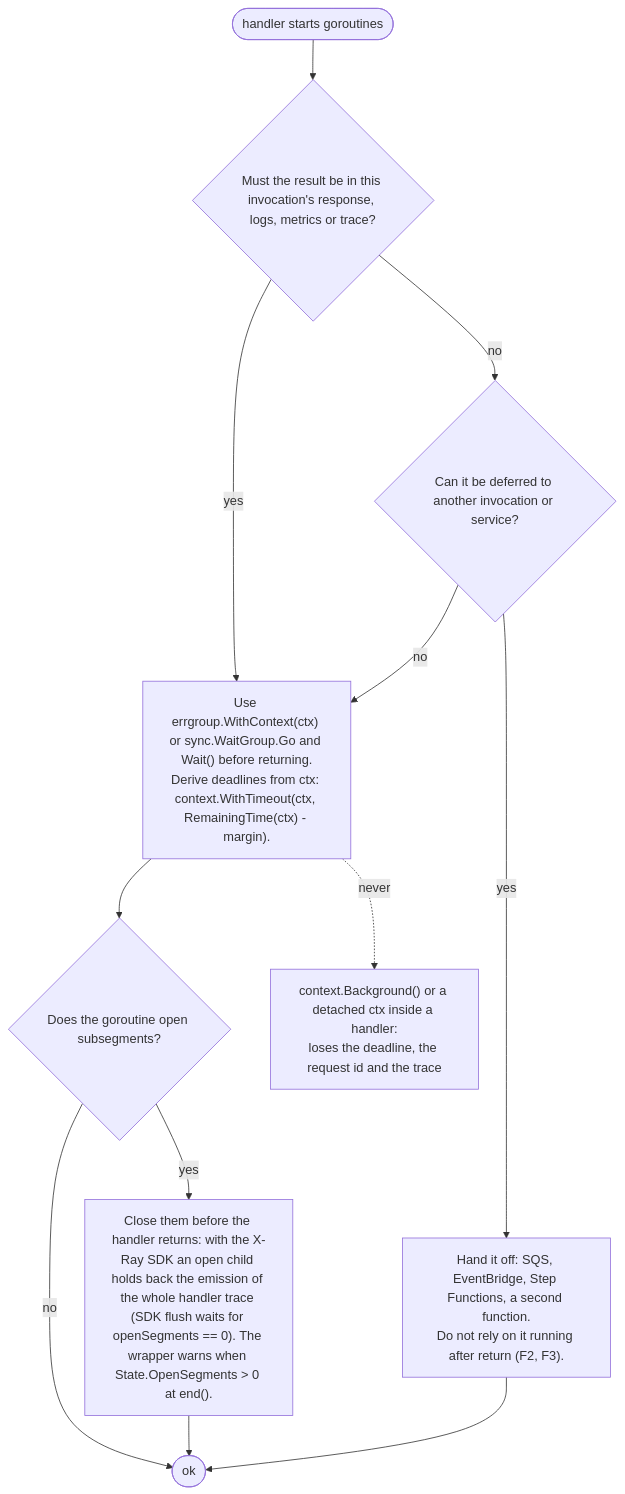
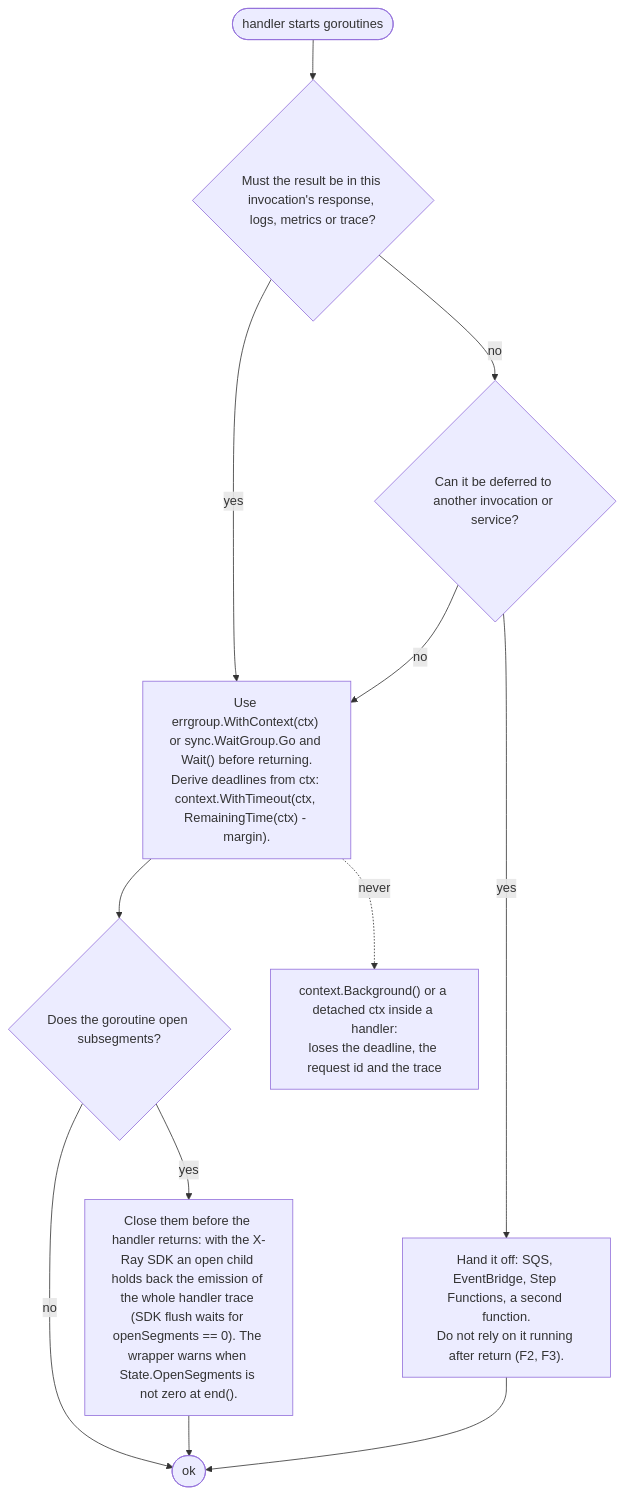
The eighth of 9 diagrams in 01-architecture.md (christiangda/powertools-lambda-go-plan), drawn with Mermaid before and after one commit. The commit also changed other lines of this file and 6 other files, not shown here.

First line of the commit message:
Fix Mermaid diagrams for GitHub rendering

````diff
--- a/01-architecture.md
+++ b/01-architecture.md
@@ -596,14 +596,14 @@
 ```mermaid
 flowchart TD
   start([handler starts goroutines]) --> q1{Must the result be in this invocation's response, logs, metrics or trace?}
   q1 -- yes --> wait["Use errgroup.WithContext(ctx) or sync.WaitGroup.Go and Wait() before returning.<br/>Derive deadlines from ctx: context.WithTimeout(ctx, RemainingTime(ctx) - margin)."]
   q1 -- no --> q2{Can it be deferred to another invocation or service?}
   q2 -- yes --> queue["Hand it off: SQS, EventBridge, Step Functions, a second function.<br/>Do not rely on it running after return (F2, F3)."]
   q2 -- no --> wait
   wait --> seg{Does the goroutine open subsegments?}
-  seg -- yes --> close["Close them before the handler returns: with the X-Ray SDK an open child holds back the emission of the whole handler trace (SDK flush waits for openSegments == 0). The wrapper warns when State.OpenSegments > 0 at end()."]
+  seg -- yes --> close["Close them before the handler returns: with the X-Ray SDK an open child holds back the emission of the whole handler trace (SDK flush waits for openSegments == 0). The wrapper warns when State.OpenSegments is not zero at end()."]
   seg -- no --> ok([ok])
   close --> ok
   queue --> ok
   wait -. never .-> bg["context.Background() or a detached ctx inside a handler:<br/>loses the deadline, the request id and the trace"]
 ```
````
